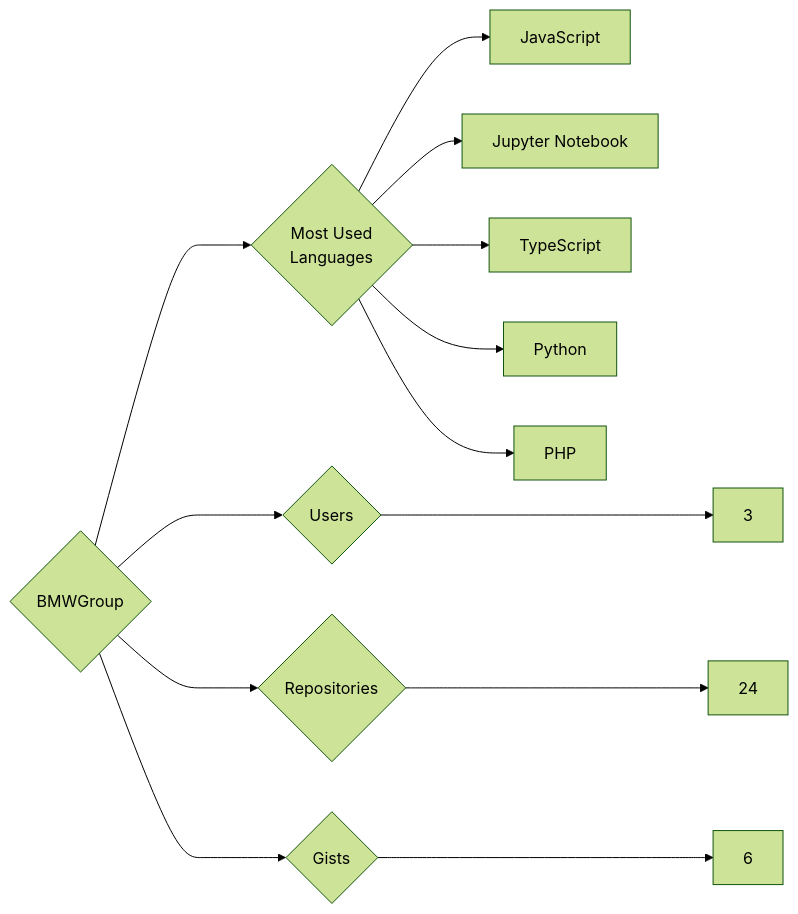
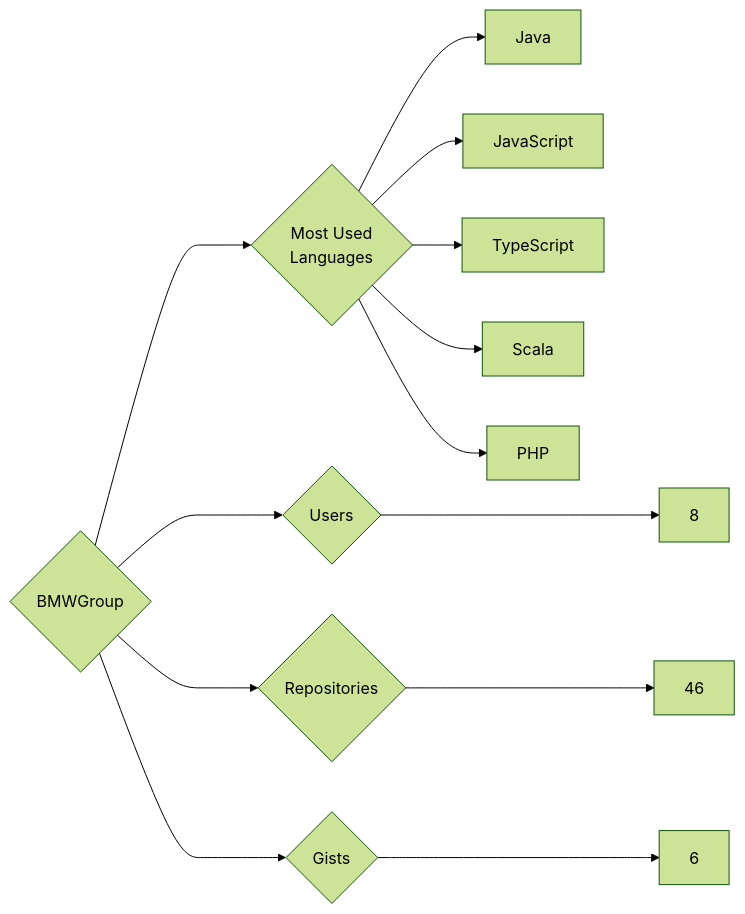
Before and after one commit to trickest/insiders: the diagram in targets/BMWGroup/README.md, drawn with Mermaid (forest theme). The commit also changed 1166 other files, not shown here.

````diff
--- a/targets/BMWGroup/README.md
+++ b/targets/BMWGroup/README.md
@@ -3,13 +3,13 @@
 ```mermaid
 graph LR
 COMPANY_NAME{BMWGroup}
-COMPANY_NAME ---> U{Users} ---> UN[3]
-COMPANY_NAME ---> R{Repositories} ---> RN[24]
+COMPANY_NAME ---> U{Users} ---> UN[8]
+COMPANY_NAME ---> R{Repositories} ---> RN[46]
 COMPANY_NAME ---> G{Gists} ---> GN[6]
 COMPANY_NAME ---> ML{Most Used<br>Languages}
+ML --> Java[Java]
 ML --> JavaScript[JavaScript]
-ML --> Jupyter_Notebook[Jupyter Notebook]
 ML --> TypeScript[TypeScript]
-ML --> Python[Python]
+ML --> Scala[Scala]
 ML --> PHP[PHP]
 ```
````
